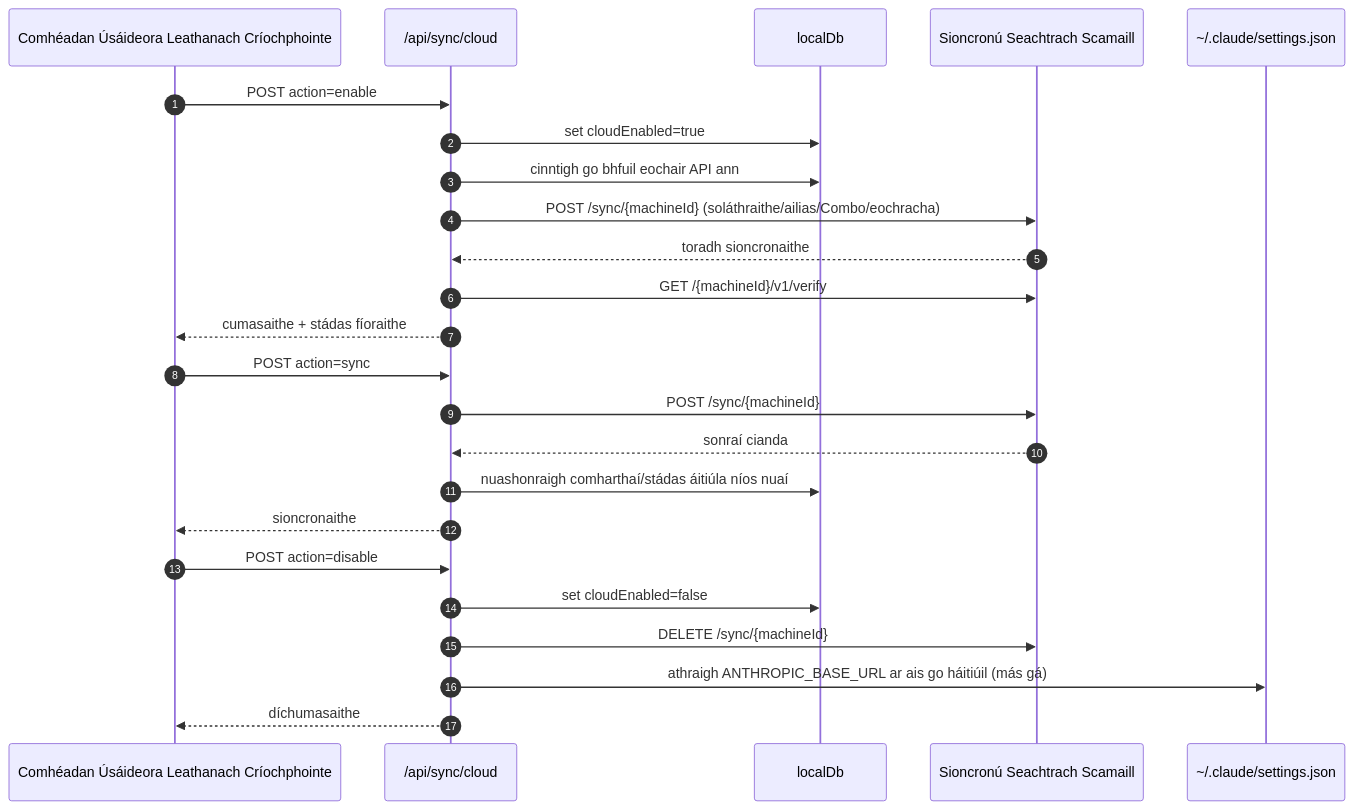
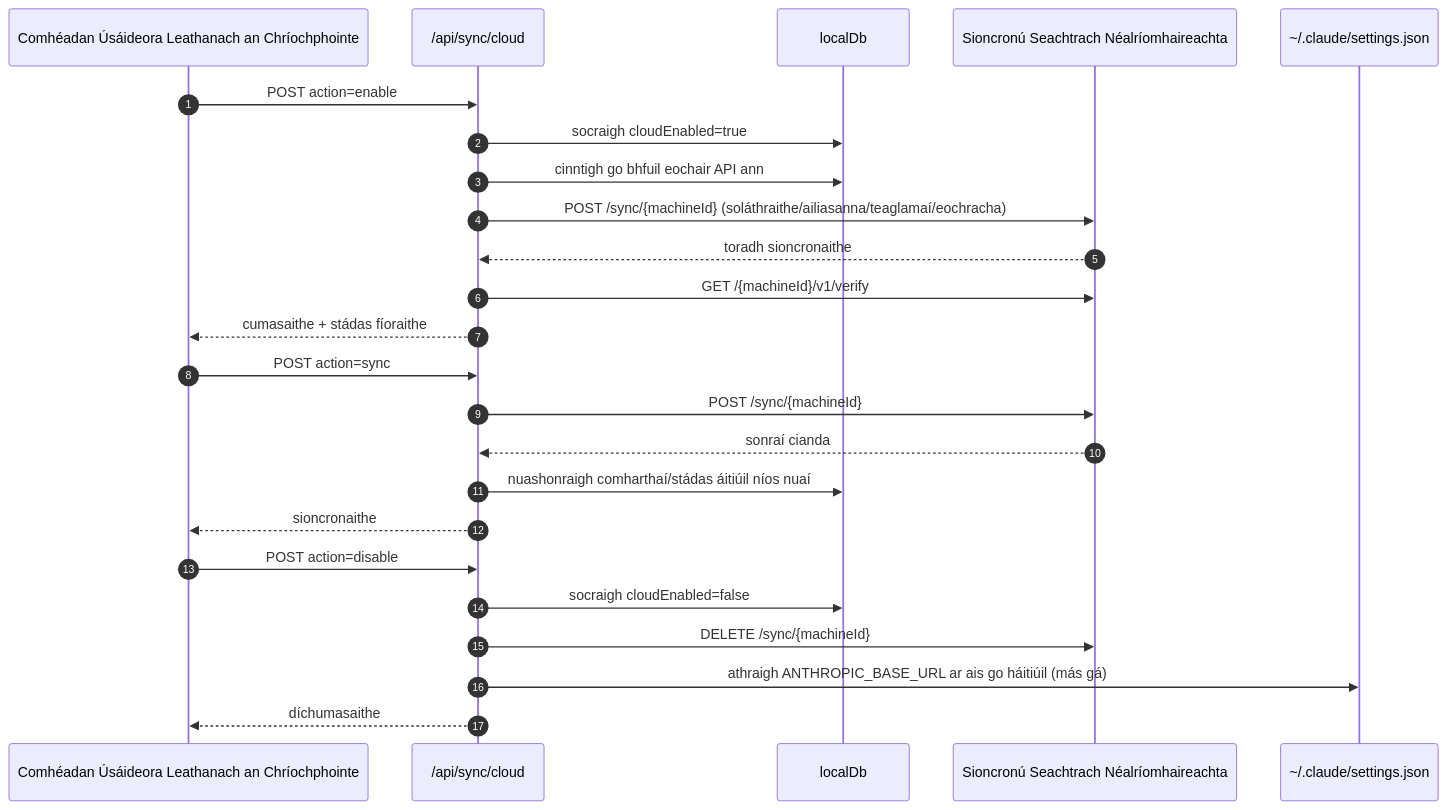
One commit to Abhijeet1520/OmniRoute changed the fifth of 7 diagrams in docs/i18n/ga/docs/architecture/ARCHITECTURE.md. Above: the diagram before and after it, drawn with Mermaid. The commit also changed other lines of this file and 1154 other files, not shown here.

````diff
--- a/docs/i18n/ga/docs/architecture/ARCHITECTURE.md
+++ b/docs/i18n/ga/docs/architecture/ARCHITECTURE.md
@@ -675,29 +667,29 @@
 ```mermaid
 sequenceDiagram
     autonumber
-    participant UI as Comhéadan Úsáideora Leathanach Críochphointe
+    participant UI as Comhéadan Úsáideora Leathanach an Chríochphointe
     participant Sync as /api/sync/cloud
     participant DB as localDb
-    participant Cloud as Sioncronú Seachtrach Scamaill
+    participant Cloud as Sioncronú Seachtrach Néalríomhaireachta
     participant Claude as ~/.claude/settings.json
 
     UI->>Sync: POST action=enable
-    Sync->>DB: set cloudEnabled=true
+    Sync->>DB: socraigh cloudEnabled=true
     Sync->>DB: cinntigh go bhfuil eochair API ann
-    Sync->>Cloud: POST /sync/{machineId} (soláthraithe/ailias/Combo/eochracha)
+    Sync->>Cloud: POST /sync/{machineId} (soláthraithe/ailiasanna/teaglamaí/eochracha)
     Cloud-->>Sync: toradh sioncronaithe
     Sync->>Cloud: GET /{machineId}/v1/verify
     Sync-->>UI: cumasaithe + stádas fíoraithe
 
     UI->>Sync: POST action=sync
     Sync->>Cloud: POST /sync/{machineId}
     Cloud-->>Sync: sonraí cianda
-    Sync->>DB: nuashonraigh comharthaí/stádas áitiúla níos nuaí
+    Sync->>DB: nuashonraigh comharthaí/stádas áitiúil níos nuaí
     Sync-->>UI: sioncronaithe
 
     UI->>Sync: POST action=disable
-    Sync->>DB: set cloudEnabled=false
+    Sync->>DB: socraigh cloudEnabled=false
     Sync->>Cloud: DELETE /sync/{machineId}
     Sync->>Claude: athraigh ANTHROPIC_BASE_URL ar ais go háitiúil (más gá)
     Sync-->>UI: díchumasaithe
 ```
````
